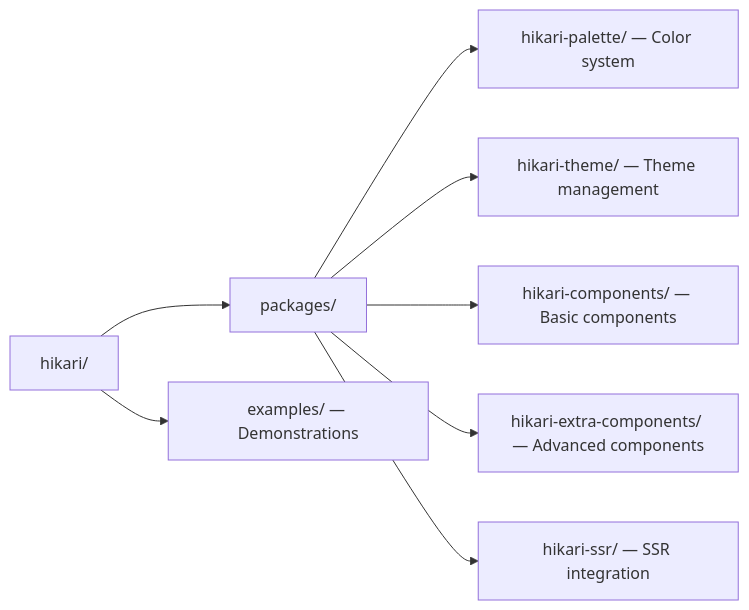
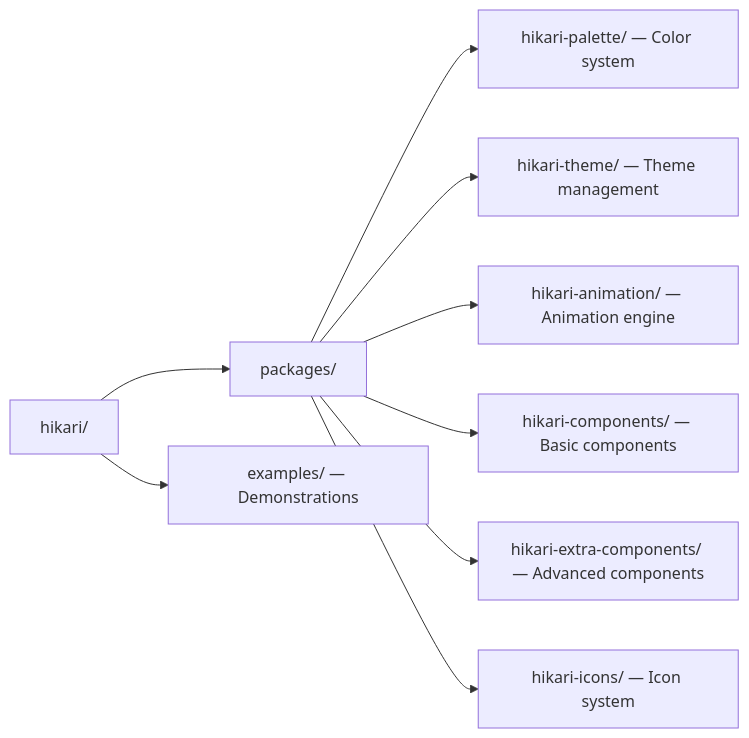
One commit to celestia-island/hikari changed the first of 11 diagrams in docs/en/guides/ARCHITECTURE.md. Above: the diagram before and after it, drawn with Mermaid. The commit also changed other lines of this file and 359 other files, not shown here.

````diff
--- a/docs/en/guides/ARCHITECTURE.md
+++ b/docs/en/guides/ARCHITECTURE.md
@@ -23,11 +23,12 @@
 ```mermaid
 graph LR
   root["hikari/"]
   root --> packages["packages/"]
   root --> examples["examples/ — Demonstrations"]
   packages --> palette["hikari-palette/ — Color system"]
   packages --> theme["hikari-theme/ — Theme management"]
+  packages --> animation["hikari-animation/ — Animation engine"]
   packages --> components["hikari-components/ — Basic components"]
   packages --> extra["hikari-extra-components/ — Advanced components"]
-  packages --> ssr["hikari-ssr/ — SSR integration"]
+  packages --> icons["hikari-icons/ — Icon system"]
 ```
````
